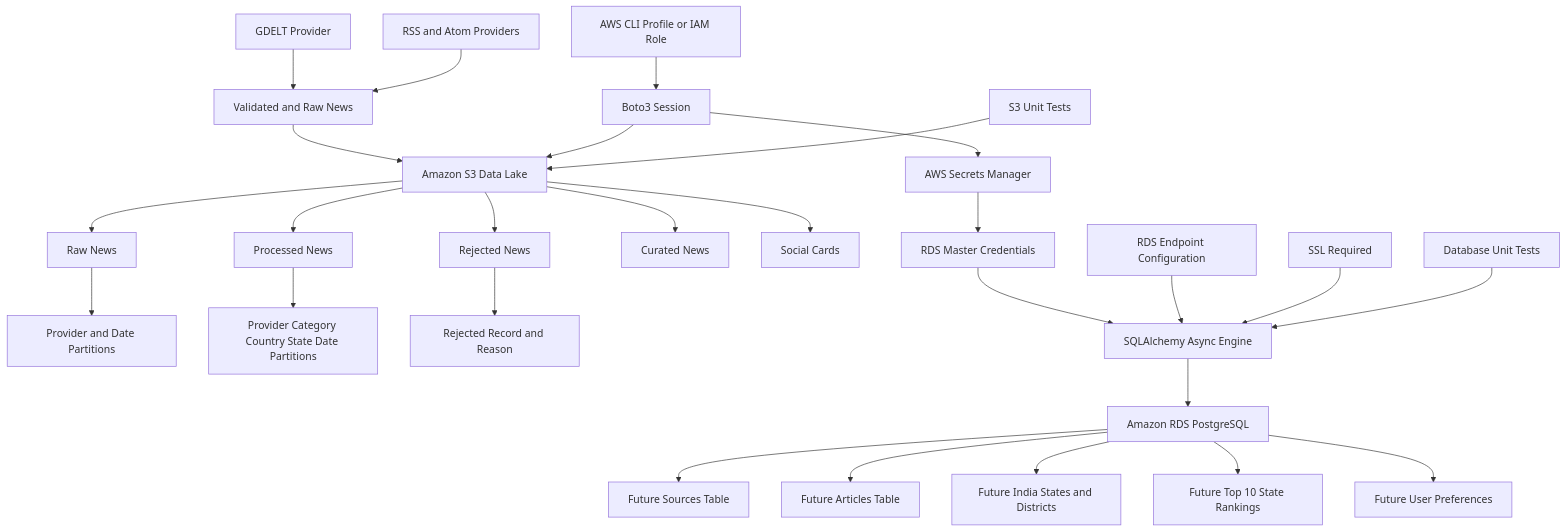
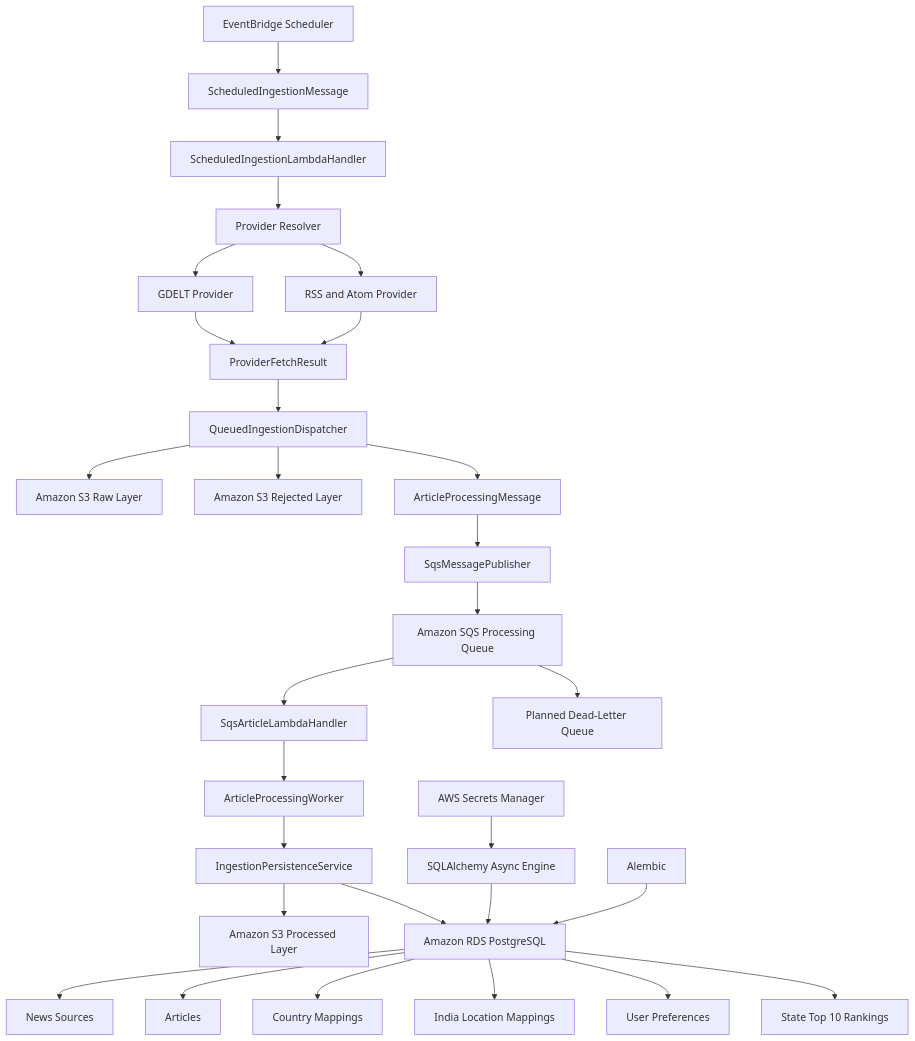
One commit to manikanta1051/world-news-ai changed the first of 2 diagrams in docs/architecture.md. Above: the diagram before and after it, drawn with Mermaid. The commit also changed other lines of this file and 16 other files, not shown here.

Commit message:
feat: add scheduled and queued ingestion pipeline

````diff
--- a/docs/architecture.md
+++ b/docs/architecture.md
@@ -423,38 +1186,47 @@
 ```mermaid
 flowchart TD
-    A[GDELT Provider] --> B[Validated and Raw News]
-    C[RSS and Atom Providers] --> B
+    A[EventBridge Scheduler] --> B[ScheduledIngestionMessage]
 
-    B --> D[Amazon S3 Data Lake]
+    B --> C[ScheduledIngestionLambdaHandler]
 
-    D --> D1[Raw News]
-    D --> D2[Processed News]
-    D --> D3[Rejected News]
-    D --> D4[Curated News]
-    D --> D5[Social Cards]
+    C --> D[Provider Resolver]
 
-    D1 --> E[Provider and Date Partitions]
-    D2 --> F[Provider Category Country State Date Partitions]
-    D3 --> G[Rejected Record and Reason]
+    D --> E[GDELT Provider]
+    D --> F[RSS and Atom Provider]
 
-    H[AWS CLI Profile or IAM Role] --> I[Boto3 Session]
-    I --> D
-    I --> J[AWS Secrets Manager]
+    E --> G[ProviderFetchResult]
+    F --> G
 
-    J --> K[RDS Master Credentials]
+    G --> H[QueuedIngestionDispatcher]
 
-    K --> L[SQLAlchemy Async Engine]
-    M[RDS Endpoint Configuration] --> L
-    N[SSL Required] --> L
+    H --> I[Amazon S3 Raw Layer]
+    H --> J[Amazon S3 Rejected Layer]
+    H --> K[ArticleProcessingMessage]
 
-    L --> O[Amazon RDS PostgreSQL]
+    K --> L[SqsMessagePublisher]
 
-    O --> P[Future Sources Table]
-    O --> Q[Future Articles Table]
-    O --> R[Future India States and Districts]
-    O --> S[Future Top 10 State Rankings]
-    O --> T[Future User Preferences]
+    L --> M[Amazon SQS Processing Queue]
 
-    U[S3 Unit Tests] --> D
-    V[Database Unit Tests] --> L
+    M --> N[SqsArticleLambdaHandler]
+
+    N --> O[ArticleProcessingWorker]
+
+    O --> P[IngestionPersistenceService]
+
+    P --> Q[Amazon S3 Processed Layer]
+    P --> R[Amazon RDS PostgreSQL]
+
+    R --> R1[News Sources]
+    R --> R2[Articles]
+    R --> R3[Country Mappings]
+    R --> R4[India Location Mappings]
+    R --> R5[User Preferences]
+    R --> R6[State Top 10 Rankings]
+
+    S[AWS Secrets Manager] --> T[SQLAlchemy Async Engine]
+    T --> R
+
+    U[Alembic] --> R
+
+    M --> V[Planned Dead-Letter Queue]
 ```
````
